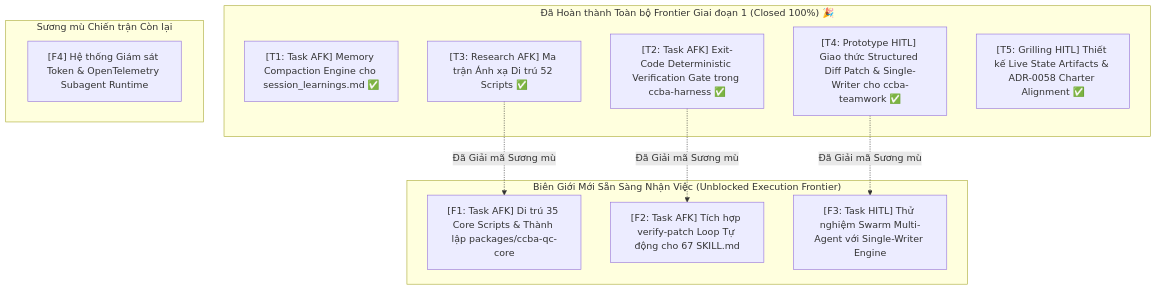
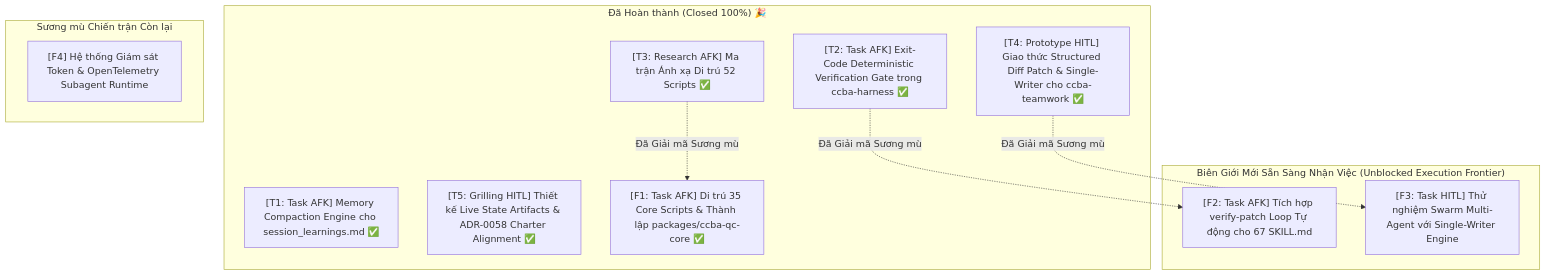
One commit to vvChu/ccba-agent-platform changed the diagram in .md/wayfinder/ccba-upgrade-roadmap/map.md. Above: the diagram before and after it, drawn with Mermaid. The commit also changed other lines of this file and 20 other files, not shown here.

Commit message:
feat(qc): establish ccba-qc-core package and migrate core audit scripts

````diff
--- a/.md/wayfinder/ccba-upgrade-roadmap/map.md
+++ b/.md/wayfinder/ccba-upgrade-roadmap/map.md
@@ -96,24 +109,24 @@
 ```mermaid
 flowchart TD
-    subgraph Done ["Đã Hoàn thành Toàn bộ Frontier Giai đoạn 1 (Closed 100%) 🎉"]
+    subgraph Done ["Đã Hoàn thành (Closed 100%) 🎉"]
         T1["[T1: Task AFK] Memory Compaction Engine cho session_learnings.md ✅"]
         T2["[T2: Task AFK] Exit-Code Deterministic Verification Gate trong ccba-harness ✅"]
         T3["[T3: Research AFK] Ma trận Ánh xạ Di trú 52 Scripts ✅"]
         T4["[T4: Prototype HITL] Giao thức Structured Diff Patch & Single-Writer cho ccba-teamwork ✅"]
         T5["[T5: Grilling HITL] Thiết kế Live State Artifacts & ADR-0058 Charter Alignment ✅"]
+        F1["[F1: Task AFK] Di trú 35 Core Scripts & Thành lập packages/ccba-qc-core ✅"]
     end
 
     subgraph Frontier ["Biên Giới Mới Sẵn Sàng Nhận Việc (Unblocked Execution Frontier)"]
-        F1["[F1: Task AFK] Di trú 35 Core Scripts & Thành lập packages/ccba-qc-core"]
         F2["[F2: Task AFK] Tích hợp verify-patch Loop Tự động cho 67 SKILL.md"]
         F3["[F3: Task HITL] Thử nghiệm Swarm Multi-Agent với Single-Writer Engine"]
     end
 
     subgraph Fog ["Sương mù Chiến trận Còn lại"]
         F4["[F4] Hệ thống Giám sát Token & OpenTelemetry Subagent Runtime"]
     end
 
     T3 -.->|Đã Giải mã Sương mù| F1
     T2 -.->|Đã Giải mã Sương mù| F2
     T4 -.->|Đã Giải mã Sương mù| F3
 ```
````
